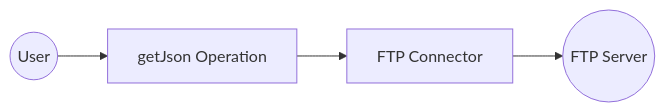
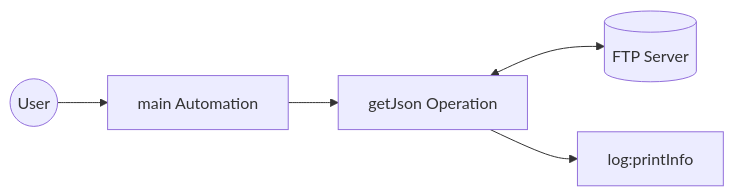
Before and after one commit to hasathcharu/docs-integrator: the first of 2 diagrams in en/docs/connectors/catalog/built-in/ftp/example.md, drawn with Mermaid. The commit also changed other lines of this file and 3 other files, not shown here.

First line of the commit message:
Update FTP connector documentation to enhance clarity and accuracy

````diff
--- a/en/docs/connectors/catalog/built-in/ftp/example.md
+++ b/en/docs/connectors/catalog/built-in/ftp/example.md
@@ -20,6 +21,7 @@
 ```mermaid
 flowchart LR
-    A((User)) --> B[getJson Operation]
-    B --> C[FTP Connector]
-    C --> D((FTP Server))
+    A((User)) --> B[main Automation]
+    B --> C[getJson Operation]
+    C <--> D[(FTP Server)]
+    C --> E[log:printInfo]
 ```
````
